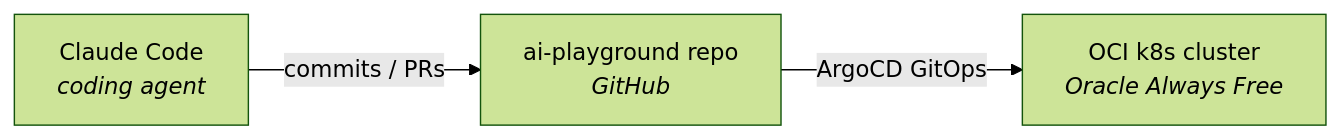
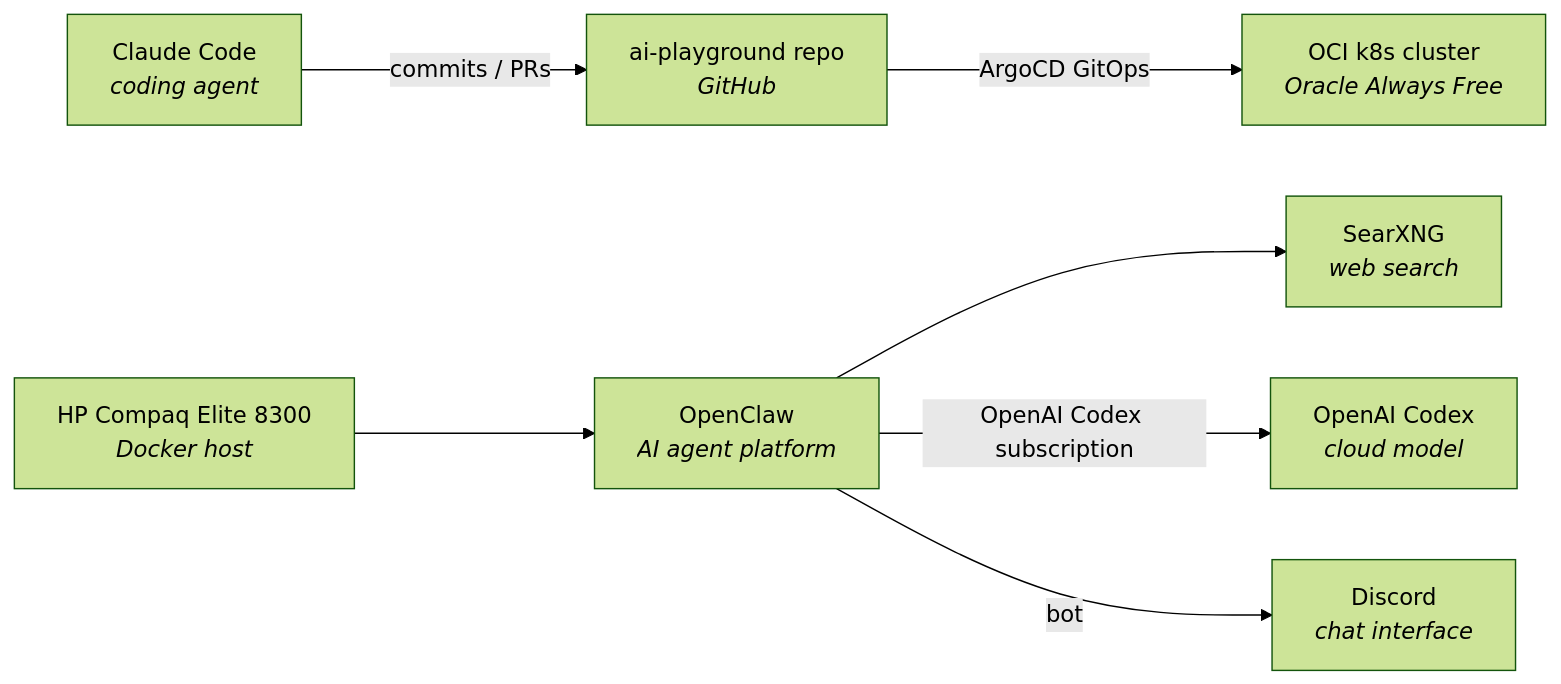
Before and after one commit to maslankalm/ai-playground: the diagram in homelab/README.md, drawn with Mermaid (forest theme). The commit also changed other lines of this file and 1 other file, not shown here.

Commit message:
homelab: add HP node with OpenClaw, SearXNG and Discord

````diff
--- a/homelab/README.md
+++ b/homelab/README.md
@@ -11,9 +11,18 @@
 ```mermaid
 graph LR
     CC["Claude Code<br/><i>coding agent</i>"]
     REPO["ai-playground repo<br/><i>GitHub</i>"]
     K8S["OCI k8s cluster<br/><i>Oracle Always Free</i>"]
+    HP["HP Compaq Elite 8300<br/><i>Docker host</i>"]
+    OC["OpenClaw<br/><i>AI agent platform</i>"]
+    SX["SearXNG<br/><i>web search</i>"]
+    OPENAI["OpenAI Codex<br/><i>cloud model</i>"]
+    DISCORD["Discord<br/><i>chat interface</i>"]
 
     CC -->|commits / PRs| REPO
     REPO -->|ArgoCD GitOps| K8S
+    HP --> OC
+    OC --> SX
+    OC -->|OpenAI Codex subscription| OPENAI
+    OC -->|bot| DISCORD
 ```
````
